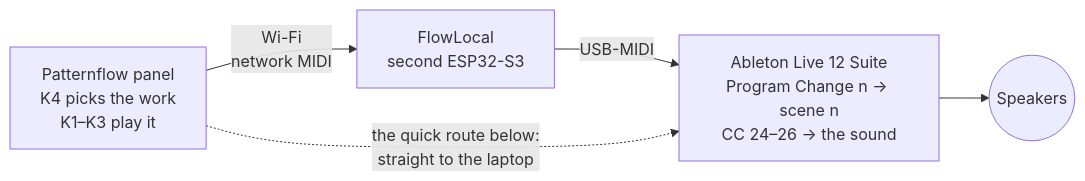
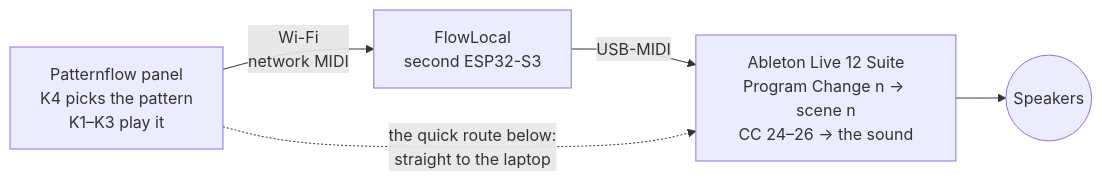
Before and after one commit to engmung/patternflow-exhibition-2026: the diagram in README.md, drawn with Mermaid. The commit also changed other lines of this file and 1 other file, not shown here.

First line of the commit message:
첫 페이지 1차 리뷰 반영 — 이야기·크레딧 먼저, 레포 내려받기·J4 전원·2.4GHz·세션 이름 Patternflow

````diff
--- a/README.md
+++ b/README.md
@@ -32,7 +32,7 @@
 ```mermaid
 flowchart LR
-    P["Patternflow panel<br/>K4 picks the work<br/>K1–K3 play it"] -- "Wi-Fi<br/>network MIDI" --> F["FlowLocal<br/>second ESP32-S3"]
+    P["Patternflow panel<br/>K4 picks the pattern<br/>K1–K3 play it"] -- "Wi-Fi<br/>network MIDI" --> F["FlowLocal<br/>second ESP32-S3"]
     F -- "USB-MIDI" --> L["Ableton Live 12 Suite<br/>Program Change n → scene n<br/>CC 24–26 → the sound"]
     L --> S(("Speakers"))
     P -. "the quick route below:<br/>straight to the laptop" .-> L
 ```
````
